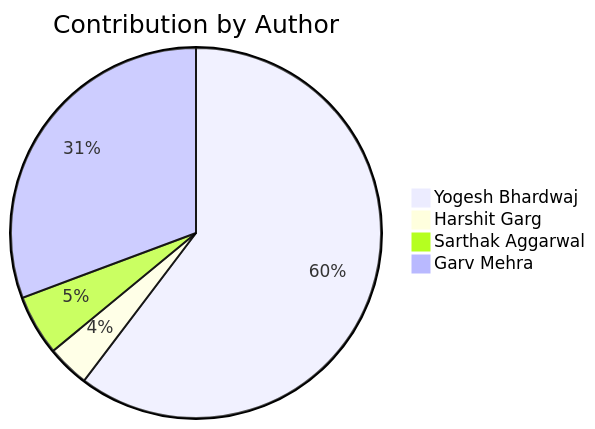
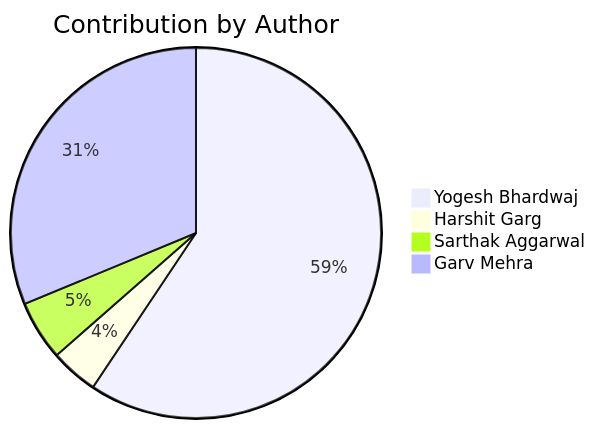
Before and after one commit to Yogesh-Bhardwaj-hue/Scm-Final_2.0: the second of 2 diagrams in README.md, drawn with Mermaid. The commit also changed other lines of this file, not shown here.

Commit message:
Update contribution charts

````diff
--- a/README.md
+++ b/README.md
@@ -192,7 +192,7 @@
 ```mermaid
 pie title Contribution by Author
     "Yogesh Bhardwaj": 114
-    "Harshit Garg": 7
+    "Harshit Garg": 8
     "Sarthak Aggarwal": 10
-    "Garv Mehra": 58
+    "Garv Mehra": 60
 ```
````
